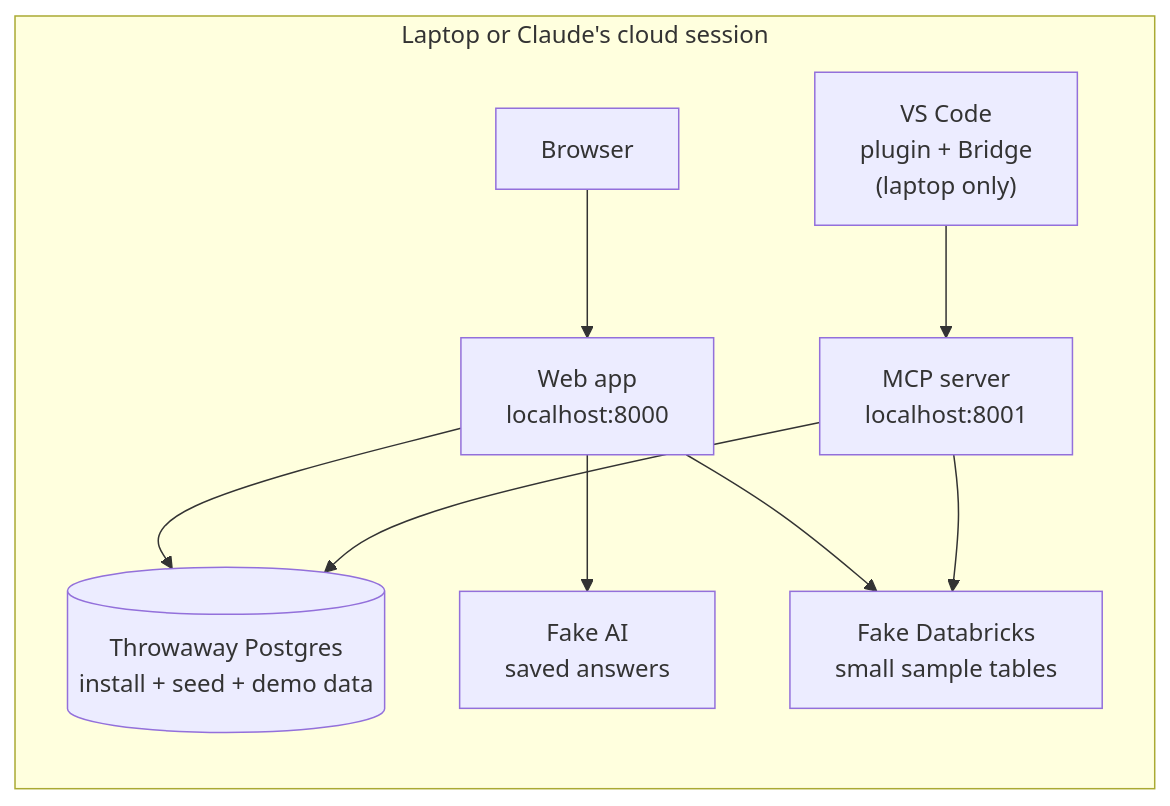
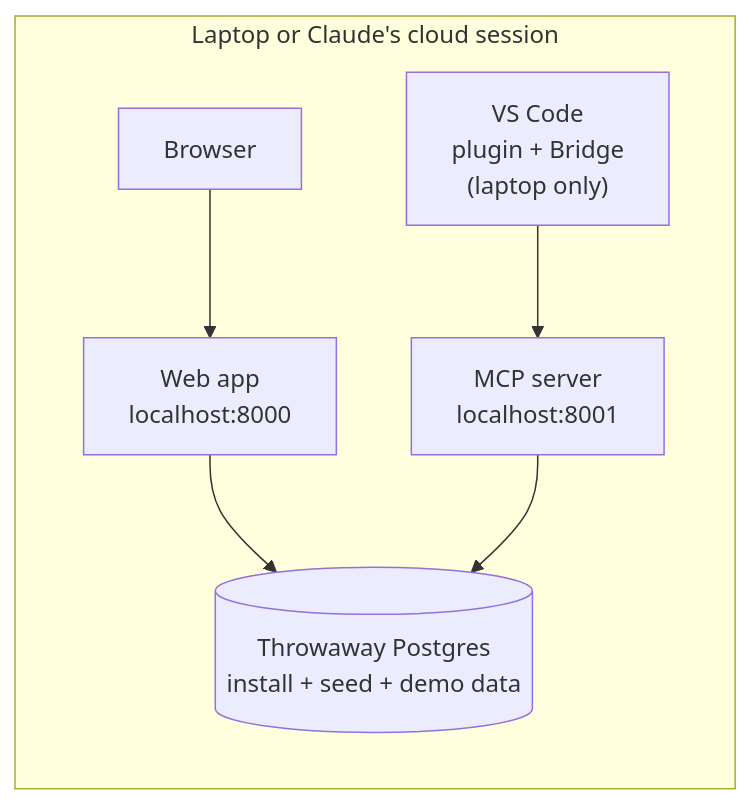
Before and after one commit to maazuddinmohammed/gds_workbench_v3: the third of 4 diagrams in docs/architecture.md, drawn with Mermaid. The commit also changed other lines of this file and 14 other files, not shown here.

First line of the commit message:
Step 4a1: demo data with three systems; no fake AI or Databricks

````diff
--- a/docs/architecture.md
+++ b/docs/architecture.md
@@ -101,19 +101,14 @@
 ```mermaid
 flowchart LR
     subgraph LOCAL["Laptop or Claude's cloud session"]
         BROWSER["Browser"]
         VSC["VS Code<br/>plugin + Bridge<br/>(laptop only)"]
         WEB["Web app<br/>localhost:8000"]
         MCP["MCP server<br/>localhost:8001"]
         PG[("Throwaway Postgres<br/>install + seed + demo data")]
-        FAKEAI["Fake AI<br/>saved answers"]
-        FAKEDBX["Fake Databricks<br/>small sample tables"]
     end
     BROWSER --> WEB
     VSC --> MCP
     WEB --> PG
     MCP --> PG
-    WEB --> FAKEAI
-    WEB --> FAKEDBX
-    MCP --> FAKEDBX
 ```
````
